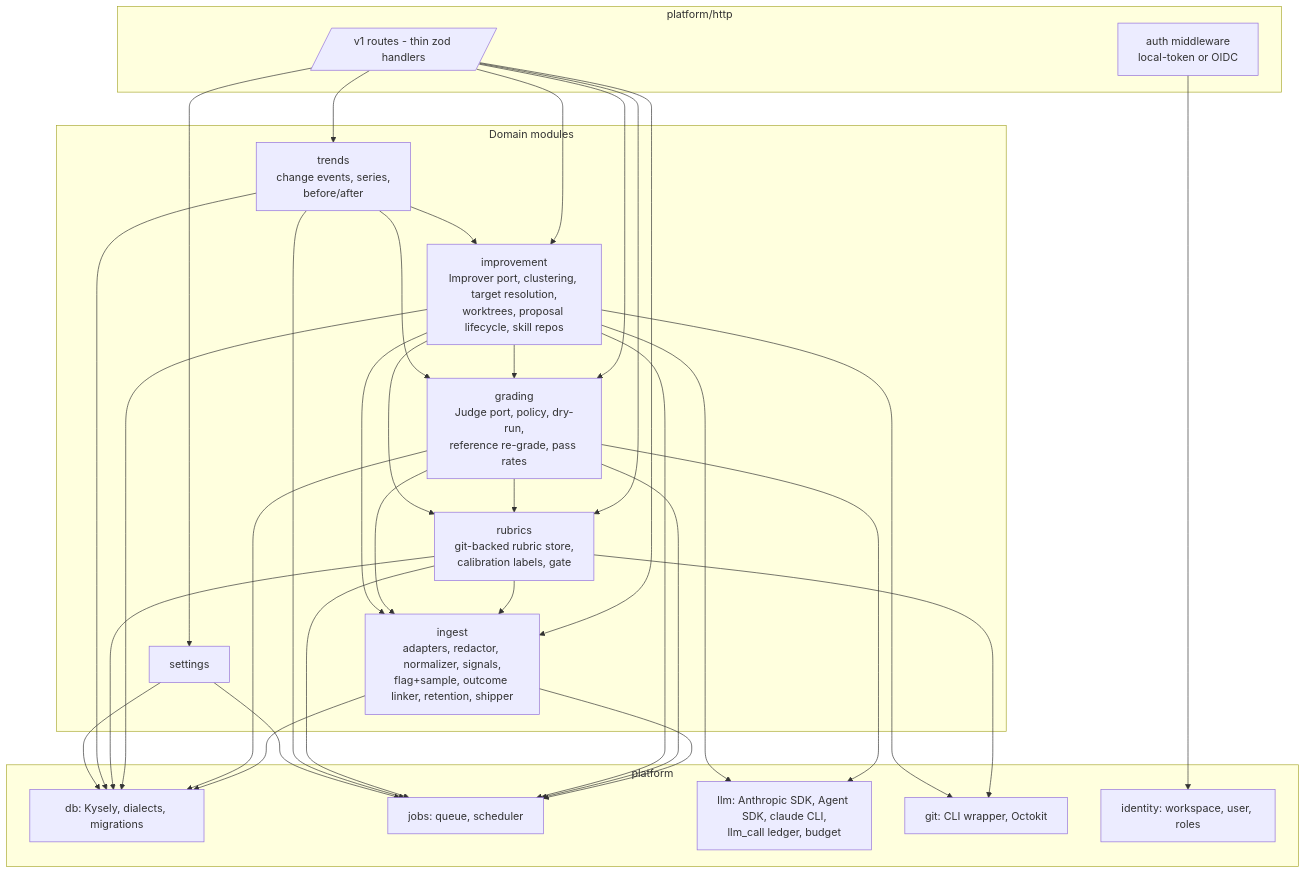
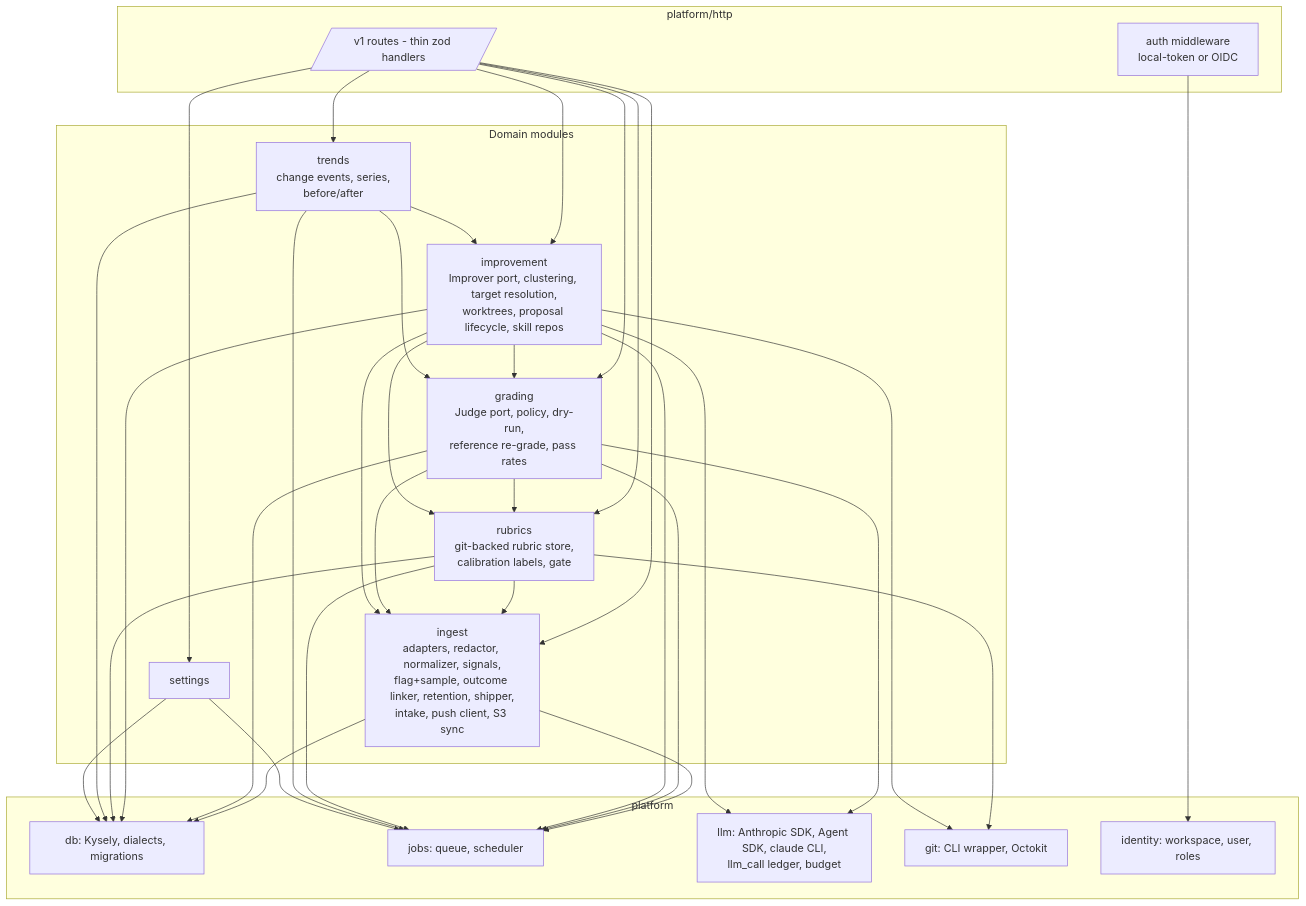
The third of 10 diagrams in docs/architecture/architecture-overview.md (floriankraemer/ai-introspection), drawn with Mermaid before and after one commit. The commit also changed other lines of this file and 92 other files, not shown here.

````diff
--- a/docs/architecture/architecture-overview.md
+++ b/docs/architecture/architecture-overview.md
@@ -114,32 +131,32 @@
 ```mermaid
 flowchart TB
   subgraph http[platform/http]
     routes[/v1 routes - thin zod handlers/]
     authmw[auth middleware<br/>local-token or OIDC]
   end
   subgraph modules[Domain modules]
-    ingest[ingest<br/>adapters, redactor, normalizer, signals,<br/>flag+sample, outcome linker, retention, shipper]
+    ingest[ingest<br/>adapters, redactor, normalizer, signals,<br/>flag+sample, outcome linker, retention, shipper,<br/>intake, push client, S3 sync]
     rubrics[rubrics<br/>git-backed rubric store,<br/>calibration labels, gate]
     grading[grading<br/>Judge port, policy, dry-run,<br/>reference re-grade, pass rates]
     improvement[improvement<br/>Improver port, clustering, target resolution,<br/>worktrees, proposal lifecycle, skill repos]
     trends[trends<br/>change events, series,<br/>before/after]
     settings[settings]
   end
   subgraph platform[platform]
     pdb[db: Kysely, dialects, migrations]
     pjobs[jobs: queue, scheduler]
     pllm[llm: Anthropic SDK, Agent SDK, claude CLI,<br/>llm_call ledger, budget]
     pgit[git: CLI wrapper, Octokit]
     pid[identity: workspace, user, roles]
   end
   routes --> ingest & rubrics & grading & improvement & trends & settings
   rubrics --> ingest
   grading --> ingest
   grading --> rubrics
   improvement --> grading & ingest & rubrics
   trends --> grading & improvement
   ingest & grading & improvement & rubrics & trends & settings --> pdb & pjobs
   grading & improvement --> pllm
   rubrics & improvement --> pgit
   authmw --> pid
 ```
````
